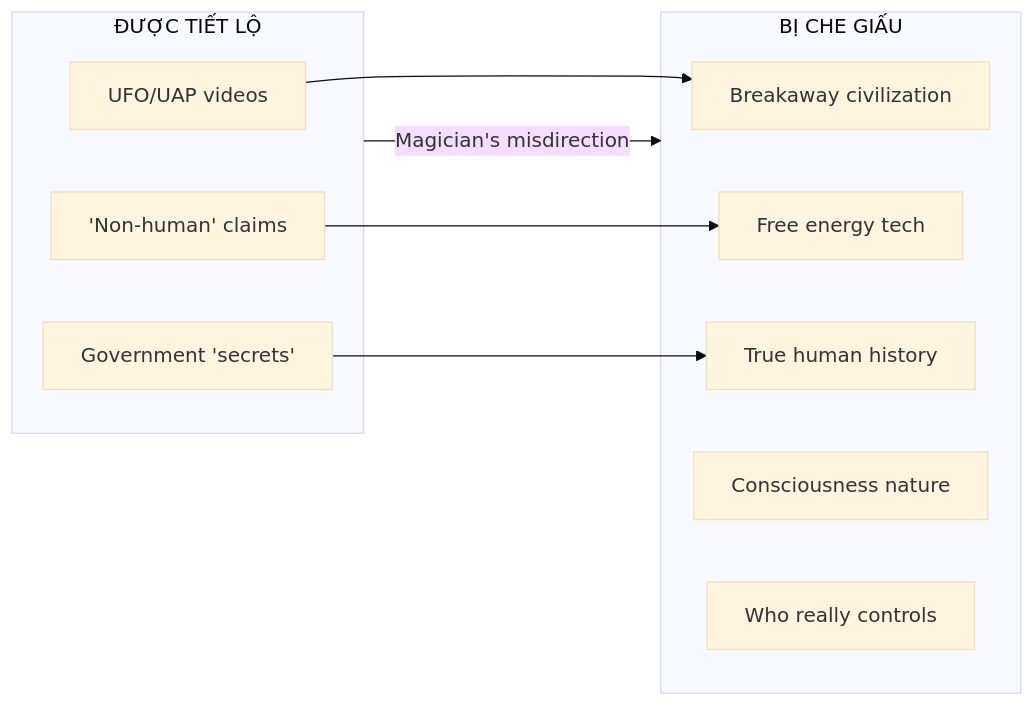
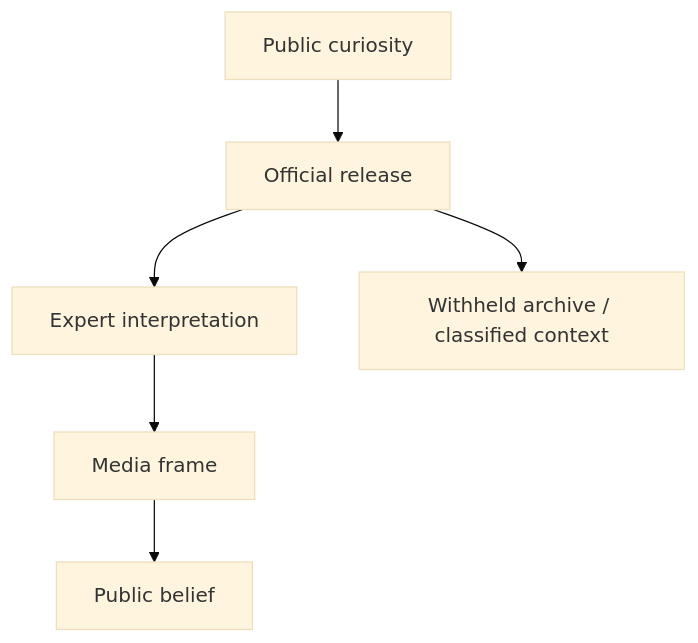
One commit to dyukahi/knowledge changed the diagram in politics-conspiracy/UAP Disclosure - Controlled Revelation.md. Above: the diagram before and after it, drawn with Mermaid (base theme). The commit also changed other lines of this file and 5 other files, not shown here.

````diff
--- a/politics-conspiracy/UAP Disclosure - Controlled Revelation.md
+++ b/politics-conspiracy/UAP Disclosure - Controlled Revelation.md
@@ -228,22 +53,11 @@
 ```mermaid
-flowchart LR
-    subgraph DISCLOSED["ĐƯỢC TIẾT LỘ"]
-        A["UFO/UAP videos"]
-        B["'Non-human' claims"]
-        C["Government 'secrets'"]
-    end
-    
-    subgraph HIDDEN["BỊ CHE GIẤU"]
-        D["Breakaway civilization"]
-        E["Free energy tech"]
-        F["True human history"]
-        G["Consciousness nature"]
-        H["Who really controls"]
-    end
-    
-    A --> D
-    B --> E
-    C --> F
-    
-    DISCLOSED --> |"Magician's misdirection"| HIDDEN
+flowchart TD
+    A["Public curiosity"]
+    B["Official release"]
+    C["Expert interpretation"]
+    D["Media frame"]
+    E["Public belief"]
+    F["Withheld archive / classified context"]
+    A --> B --> C --> D --> E
+    B --> F
 ```
````
